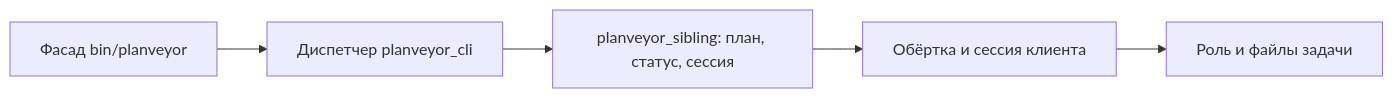
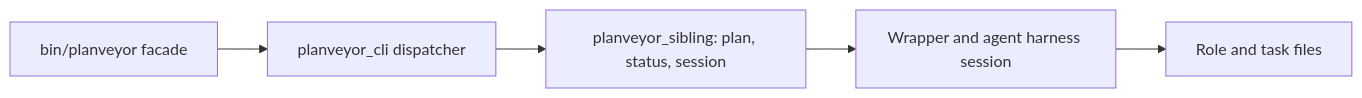
Before and after one commit to planveyor/planveyor: the diagram in docs/guides/learn/assets/runtime-launch-1.mmd, drawn with Mermaid. The commit also changed 124 other files, not shown here.

```diff
--- a/docs/guides/learn/assets/runtime-launch-1.mmd
+++ b/docs/guides/learn/assets/runtime-launch-1.mmd
@@ -1,5 +1,5 @@
 flowchart LR
-    A["Фасад bin/planveyor"] --> B["Диспетчер planveyor_cli"]
-    B --> C["planveyor_sibling: план, статус, сессия"]
-    C --> D["Обёртка и сессия клиента"]
-    D --> E["Роль и файлы задачи"]
+    A["bin/planveyor facade"] --> B["planveyor_cli dispatcher"]
+    B --> C["planveyor_sibling: plan, status, session"]
+    C --> D["Wrapper and agent harness session"]
+    D --> E["Role and task files"]
```
